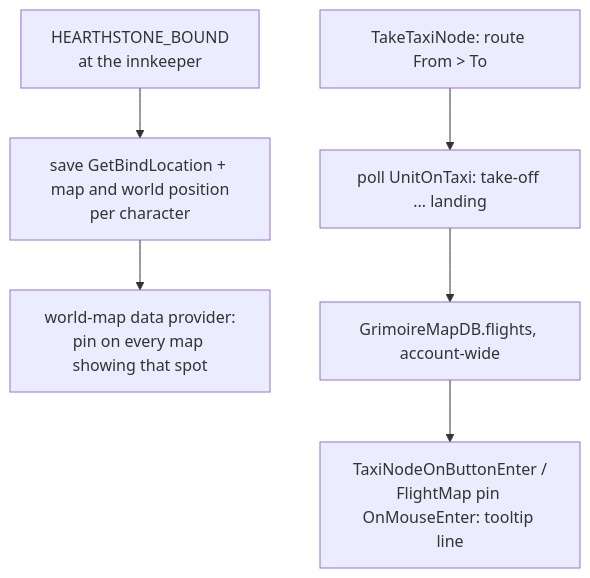
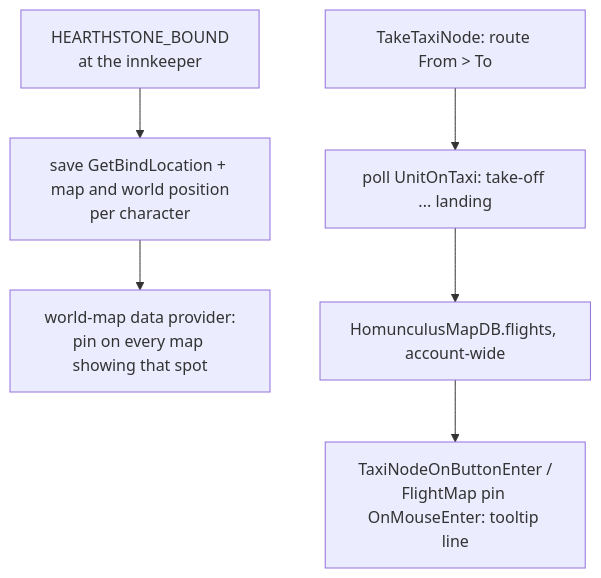
One commit to PhillypHenning/grimoire changed the second of 2 diagrams in docs/features/map/README.md. Above: the diagram before and after it, drawn with Mermaid. The commit also changed other lines of this file and 178 other files, not shown here.

First line of the commit message:
Rename the suite from Grimoire to Homunculus (ADR 0010)

````diff
--- a/docs/features/map/README.md
+++ b/docs/features/map/README.md
@@ -24,8 +24,8 @@
 ```mermaid
 flowchart TD
     HB[HEARTHSTONE_BOUND<br/>at the innkeeper] --> Save[save GetBindLocation + map and world position<br/>per character]
     Save --> Pin[world-map data provider:<br/>pin on every map showing that spot]
     TT[TakeTaxiNode: route From > To] --> Poll[poll UnitOnTaxi: take-off ... landing]
-    Poll --> Times[GrimoireMapDB.flights, account-wide]
+    Poll --> Times[HomunculusMapDB.flights, account-wide]
     Times --> Tip[TaxiNodeOnButtonEnter /<br/>FlightMap pin OnMouseEnter: tooltip line]
 ```
````
